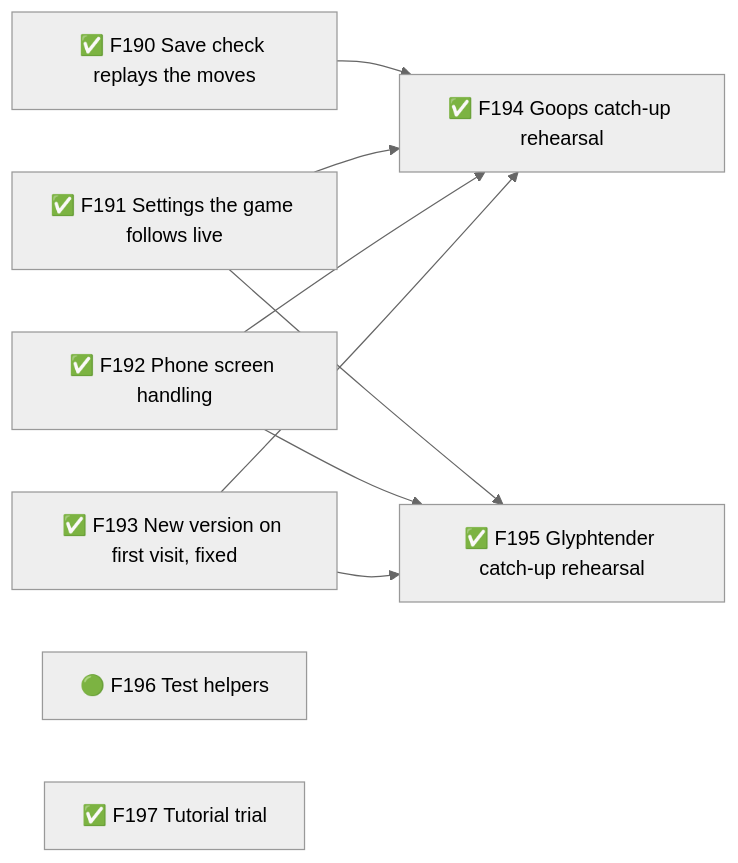
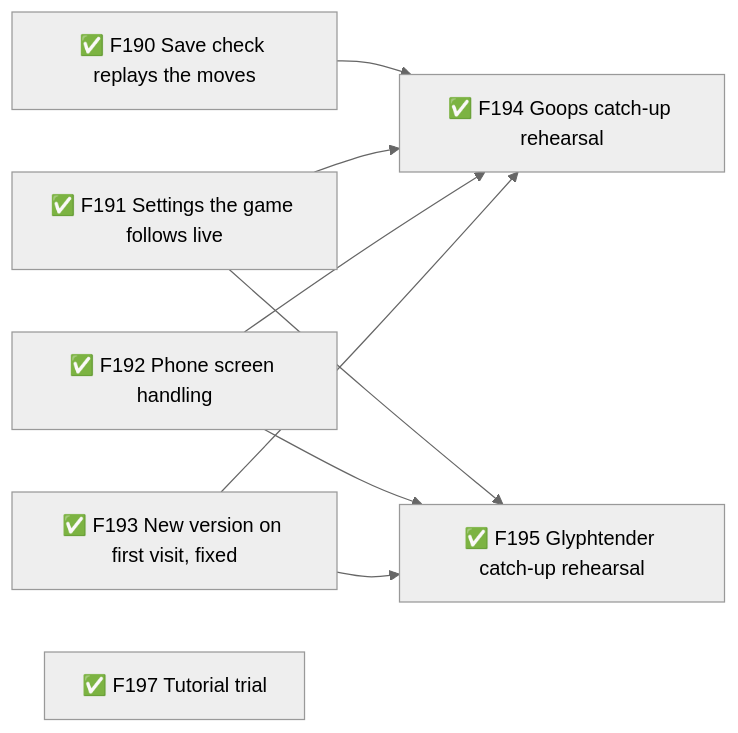
Diagram 36 of 38 in .planning/ROADMAP.md (TheBlueMuzzy/framework), drawn with Mermaid (neutral theme) before and after one commit. The commit also changed other lines of this file and 2 other files, not shown here.

Commit message:
Sprint 64: checks any game can reuse (F196 — Test helpers, F202 — Swap rehearsal mode, F203 — Stale template warning)

````diff
--- a/.planning/ROADMAP.md
+++ b/.planning/ROADMAP.md
@@ -572,18 +572,17 @@
 ```mermaid
 flowchart LR
   F190[✅ F190 Save check replays the moves]
   F191[✅ F191 Settings the game follows live]
   F192[✅ F192 Phone screen handling]
   F193[✅ F193 New version on first visit, fixed]
   F194[✅ F194 Goops catch-up rehearsal]
   F195[✅ F195 Glyphtender catch-up rehearsal]
-  F196[🟢 F196 Test helpers]
   F197[✅ F197 Tutorial trial]
   F190 --> F194
   F191 --> F194
   F192 --> F194
   F193 --> F194
   F191 --> F195
   F192 --> F195
   F193 --> F195
 ```
````
